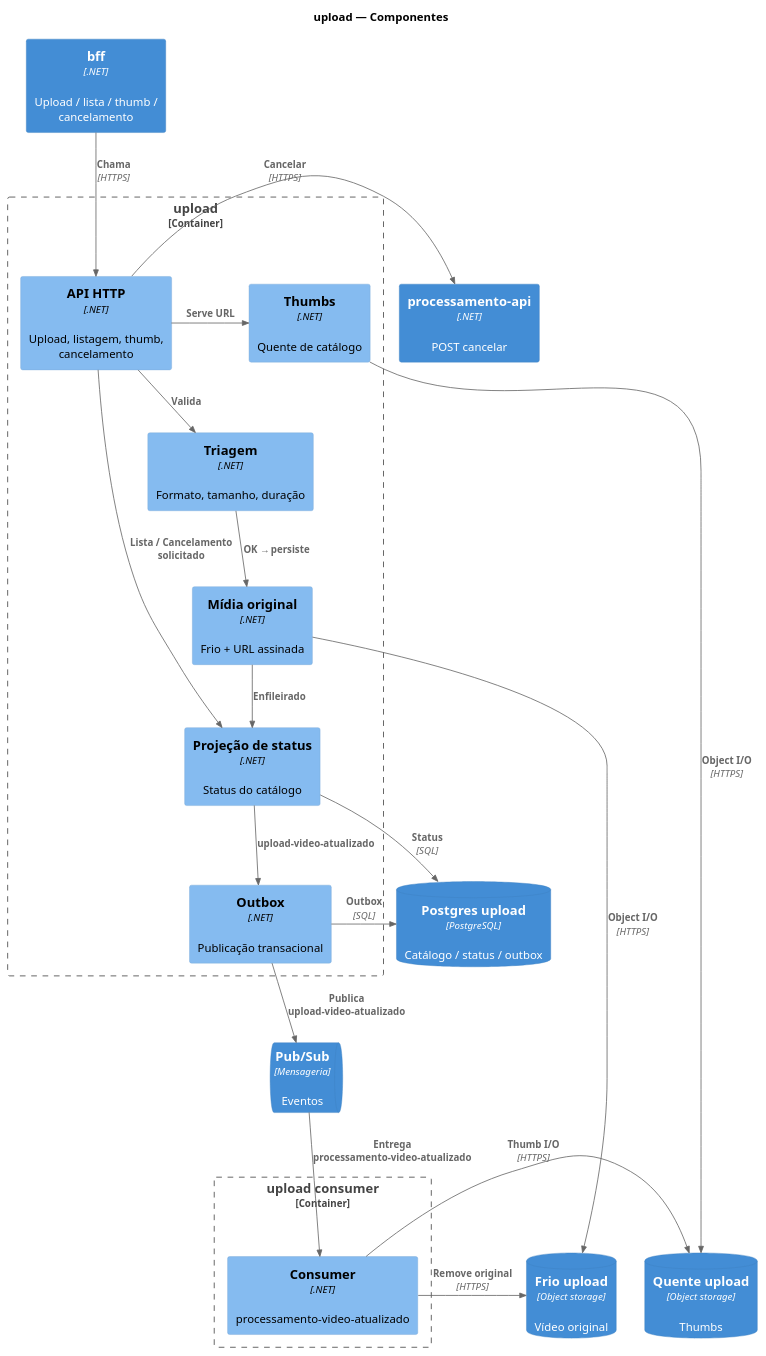
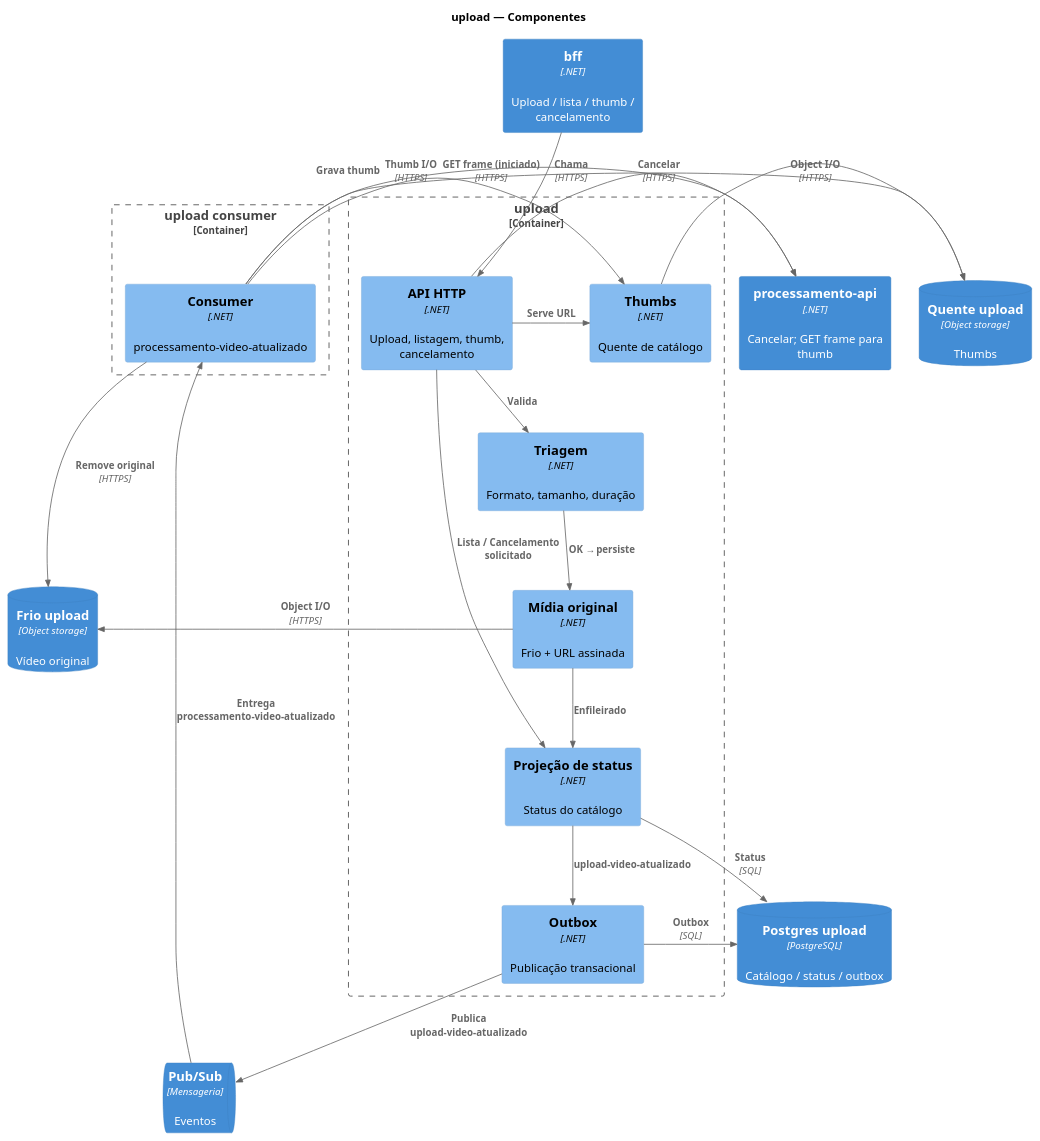
Before and after one commit to fiap-x-vcosta/docs: the diagram in arquitetura/06_componentes-upload.puml, drawn with PlantUML. The commit also changed 18 other files, not shown here.

```diff
--- a/arquitetura/06_componentes-upload.puml
+++ b/arquitetura/06_componentes-upload.puml
@@ -1,48 +1,50 @@
 @startuml 06_componentes-upload
 !include https://raw.githubusercontent.com/plantuml-stdlib/C4-PlantUML/master/C4_Component.puml
 
 LAYOUT_TOP_DOWN()
 HIDE_STEREOTYPE()
 
 title upload — Componentes
 
 Container(bff, "bff", ".NET", "Upload / lista / thumb / cancelamento")
-Container(procApi, "processamento-api", ".NET", "POST cancelar")
+Container(procApi, "processamento-api", ".NET", "Cancelar; GET frame para thumb")
 
 Container_Boundary(uploadApi, "upload") {
   Component(api, "API HTTP", ".NET", "Upload, listagem, thumb, cancelamento")
   Component(triagem, "Triagem", ".NET", "Formato, tamanho, duração")
   Component(midia, "Mídia original", ".NET", "Frio + URL assinada")
   Component(statusProj, "Projeção de status", ".NET", "Status do catálogo")
   Component(outbox, "Outbox", ".NET", "Publicação transacional")
   Component(thumbs, "Thumbs", ".NET", "Quente de catálogo")
 }
 
 ContainerQueue(pubsub, "Pub/Sub", "Mensageria", "Eventos")
 
 Container_Boundary(uploadConsumer, "upload consumer") {
   Component(consumer, "Consumer", ".NET", "processamento-video-atualizado")
 }
 
 ContainerDb(pg, "Postgres upload", "PostgreSQL", "Catálogo / status / outbox")
 ContainerDb(frio, "Frio upload", "Object storage", "Vídeo original")
 ContainerDb(quente, "Quente upload", "Object storage", "Thumbs")
 
 Rel_D(bff, api, "Chama", "HTTPS")
 Rel_D(api, triagem, "Valida")
 Rel_D(triagem, midia, "OK → persiste")
 Rel_D(midia, statusProj, "Enfileirado")
 Rel_D(statusProj, outbox, "upload-video-atualizado")
 Rel_D(outbox, pubsub, "Publica upload-video-atualizado")
 Rel_D(pubsub, consumer, "Entrega processamento-video-atualizado")
 Rel_R(api, procApi, "Cancelar", "HTTPS")
 Rel_R(api, thumbs, "Serve URL")
 Rel_R(api, statusProj, "Lista / Cancelamento solicitado")
 Rel_R(midia, frio, "Object I/O", "HTTPS")
 Rel_R(thumbs, quente, "Object I/O", "HTTPS")
 Rel_R(outbox, pg, "Outbox", "SQL")
 Rel_R(statusProj, pg, "Status", "SQL")
+Rel_R(consumer, procApi, "GET frame (iniciado)", "HTTPS")
 Rel_R(consumer, frio, "Remove original", "HTTPS")
+Rel_R(consumer, thumbs, "Grava thumb")
 Rel_R(consumer, quente, "Thumb I/O", "HTTPS")
 
 @enduml
```
